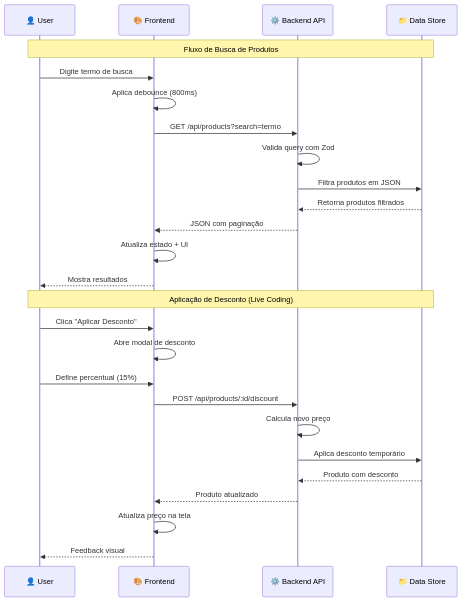
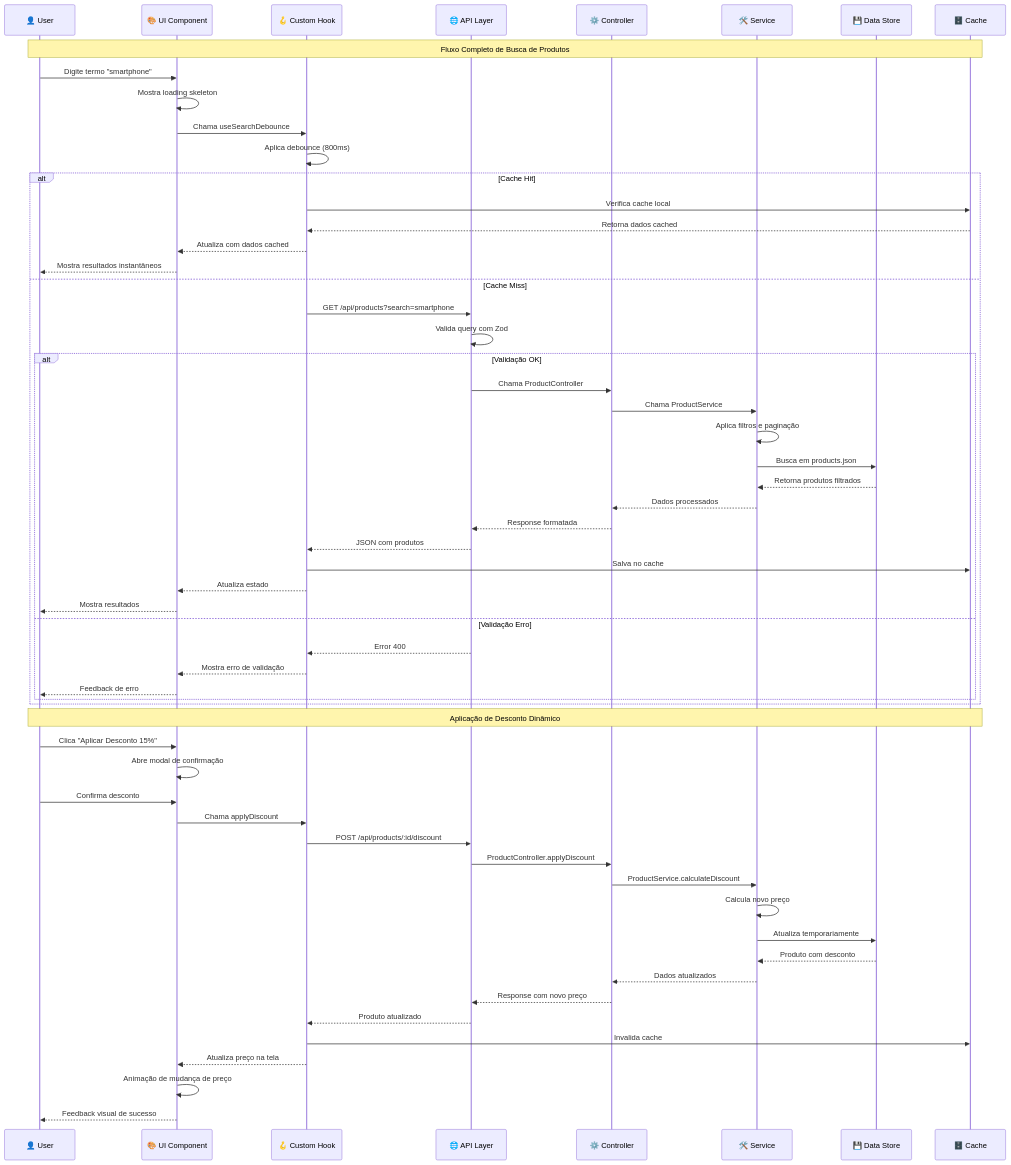
The second of 4 diagrams in README.md (glaucia86/mercado-livre-clone), drawn with Mermaid before and after one commit. The commit also changed other lines of this file, not shown here.

Commit message:
feat: update README to enhance project overview, architecture details, and deployment standards

````diff
--- a/README.md
+++ b/README.md
@@ -111,32 +123,66 @@
 ```mermaid
 sequenceDiagram
     participant U as 👤 User
-    participant F as 🎨 Frontend
-    participant API as ⚙️ Backend API
-    participant D as 📁 Data Store
+    participant UI as 🎨 UI Component
+    participant H as 🪝 Custom Hook
+    participant API as 🌐 API Layer
+    participant C as ⚙️ Controller
+    participant S as 🛠️ Service
+    participant D as 💾 Data Store
+    participant Cache as 🗄️ Cache
     
-    Note over U,D: Fluxo de Busca de Produtos
+    Note over U,Cache: Fluxo Completo de Busca de Produtos
     
-    U->>F: Digite termo de busca
-    F->>F: Aplica debounce (800ms)
-    F->>API: GET /api/products?search=termo
-    API->>API: Valida query com Zod
-    API->>D: Filtra produtos em JSON
-    D-->>API: Retorna produtos filtrados
-    API-->>F: JSON com paginação
-    F->>F: Atualiza estado + UI
-    F-->>U: Mostra resultados
+    U->>UI: Digite termo "smartphone"
+    UI->>UI: Mostra loading skeleton
+    UI->>H: Chama useSearchDebounce
+    H->>H: Aplica debounce (800ms)
     
-    Note over U,D: Aplicação de Desconto (Live Coding)
+    alt Cache Hit
+        H->>Cache: Verifica cache local
+        Cache-->>H: Retorna dados cached
+        H-->>UI: Atualiza com dados cached
+        UI-->>U: Mostra resultados instantâneos
+    else Cache Miss
+        H->>API: GET /api/products?search=smartphone
+        API->>API: Valida query com Zod
+        
+        alt Validação OK
+            API->>C: Chama ProductController
+            C->>S: Chama ProductService
+            S->>S: Aplica filtros e paginação
+            S->>D: Busca em products.json
+            D-->>S: Retorna produtos filtrados
+            S-->>C: Dados processados
+            C-->>API: Response formatada
+            API-->>H: JSON com produtos
+            H->>Cache: Salva no cache
+            H-->>UI: Atualiza estado
+            UI-->>U: Mostra resultados
+        else Validação Erro
+            API-->>H: Error 400
+            H-->>UI: Mostra erro de validação
+            UI-->>U: Feedback de erro
+        end
+    end
     
-    U->>F: Clica "Aplicar Desconto"
-    F->>F: Abre modal de desconto
-    U->>F: Define percentual (15%)
-    F->>API: POST /api/products/:id/discount
-    API->>API: Calcula novo preço
-    API->>D: Aplica desconto temporário
-    D-->>API: Produto com desconto
-    API-->>F: Produto atualizado
-    F->>F: Atualiza preço na tela
-    F-->>U: Feedback visual
+    Note over U,Cache: Aplicação de Desconto Dinâmico
+    
+    U->>UI: Clica "Aplicar Desconto 15%"
+    UI->>UI: Abre modal de confirmação
+    U->>UI: Confirma desconto
+    UI->>H: Chama applyDiscount
+    H->>API: POST /api/products/:id/discount
+    API->>C: ProductController.applyDiscount
+    C->>S: ProductService.calculateDiscount
+    S->>S: Calcula novo preço
+    S->>D: Atualiza temporariamente
+    D-->>S: Produto com desconto
+    S-->>C: Dados atualizados
+    C-->>API: Response com novo preço
+    API-->>H: Produto atualizado
+    H->>Cache: Invalida cache
+    H-->>UI: Atualiza preço na tela
+    UI->>UI: Animação de mudança de preço
+    UI-->>U: Feedback visual de sucesso
 ```
````
